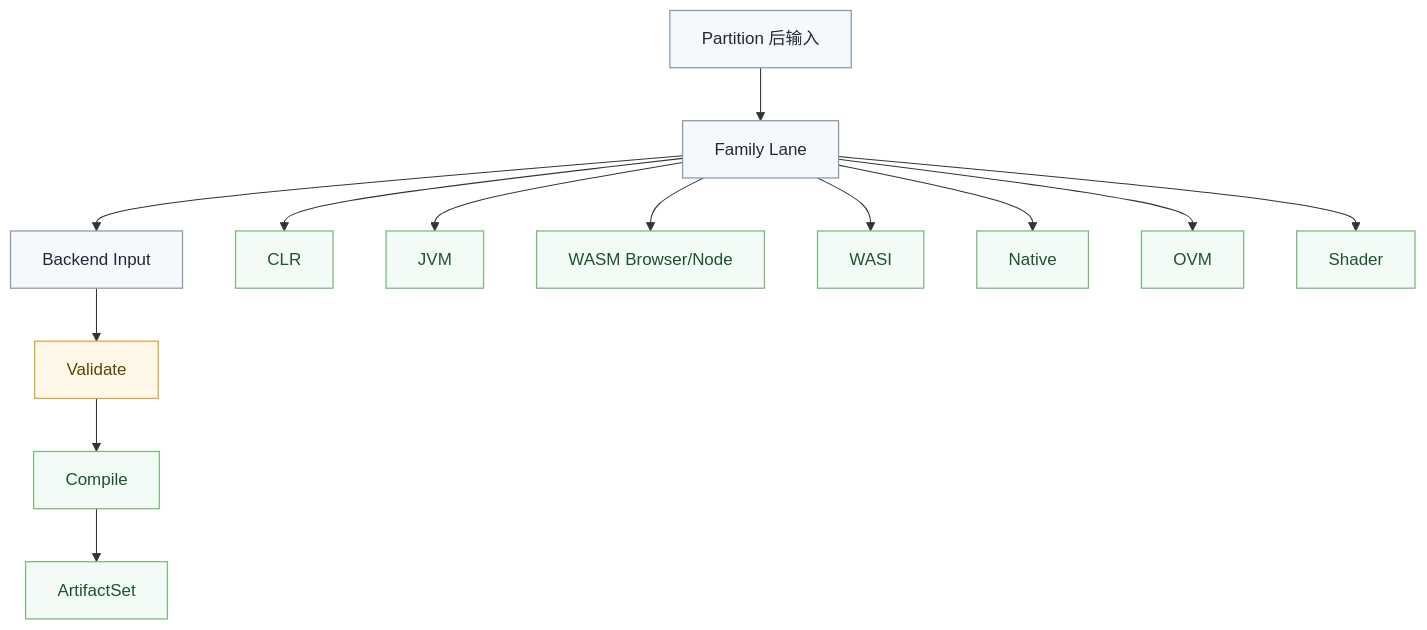
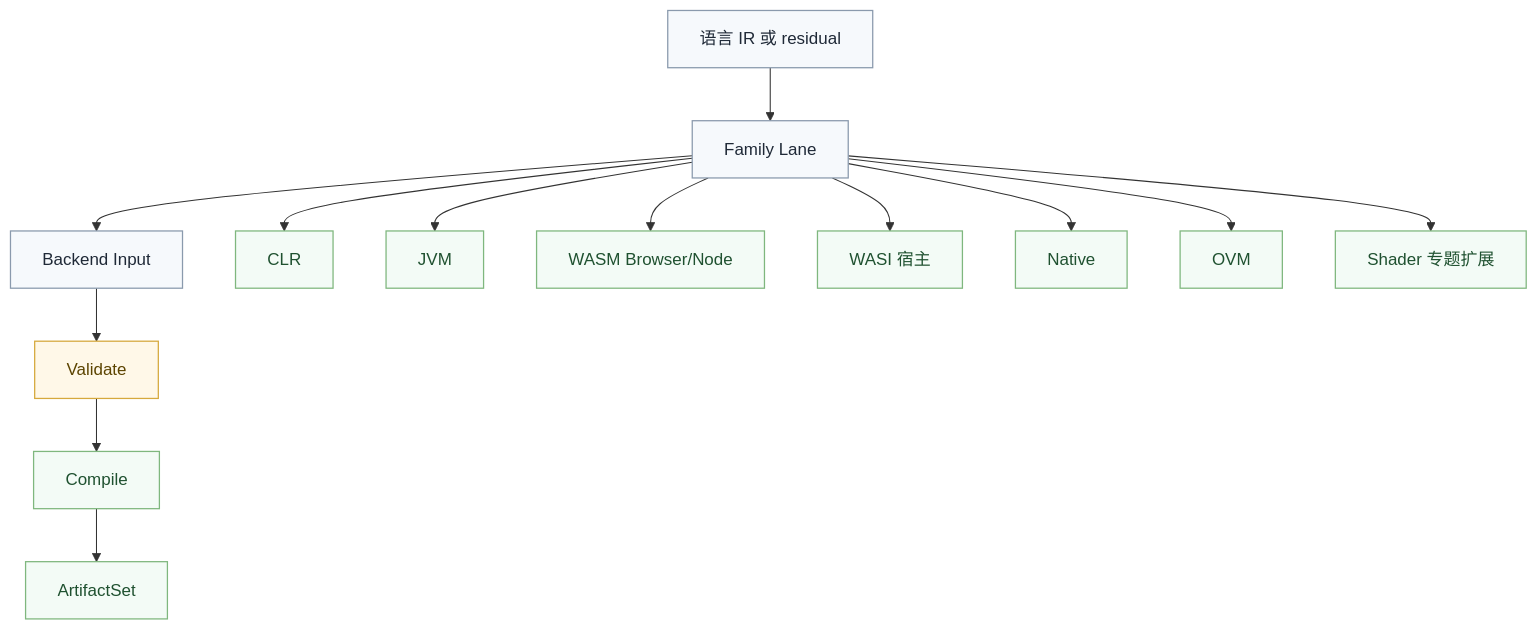
One commit to valkyrie-language/valkyrie.v changed the diagram in documentation/pages/zh-hans/maintainer/target-family-contract.md. Above: the diagram before and after it, drawn with Mermaid. The commit also changed other lines of this file and 29 other files, not shown here.

````diff
--- a/documentation/pages/zh-hans/maintainer/target-family-contract.md
+++ b/documentation/pages/zh-hans/maintainer/target-family-contract.md
@@ -15,34 +15,34 @@
 ```mermaid
 flowchart TD
-    Partition[Partition 后输入]
+    Partition[语言 IR 或 residual]
     Lane[Family Lane]
     BackendInput[Backend Input]
     Validate[Validate]
     Compile[Compile]
     ArtifactSet[ArtifactSet]
 
     CLR[CLR]
     JVM[JVM]
     WASM[WASM Browser/Node]
-    WASI[WASI]
+    WASI[WASI 宿主]
     Native[Native]
     OVM[OVM]
-    Shader[Shader]
+    Shader[Shader 专题扩展]
 
     Partition --> Lane --> BackendInput --> Validate --> Compile --> ArtifactSet
     Lane --> CLR
     Lane --> JVM
     Lane --> WASM
     Lane --> WASI
     Lane --> Native
     Lane --> OVM
     Lane --> Shader
 
     classDef phase fill:#f6f9fc,stroke:#8a9aad,stroke-width:1.2px,color:#1f2937;
     classDef boundary fill:#fff8e8,stroke:#d6a93d,stroke-width:1.2px,color:#5c4400;
     classDef delivery fill:#f3fbf6,stroke:#7fb77e,stroke-width:1.2px,color:#1f5130;
 
     class Partition,Lane,BackendInput phase;
     class Validate boundary;
     class Compile,ArtifactSet,CLR,JVM,WASM,WASI,Native,OVM,Shader delivery;
 ```
````
